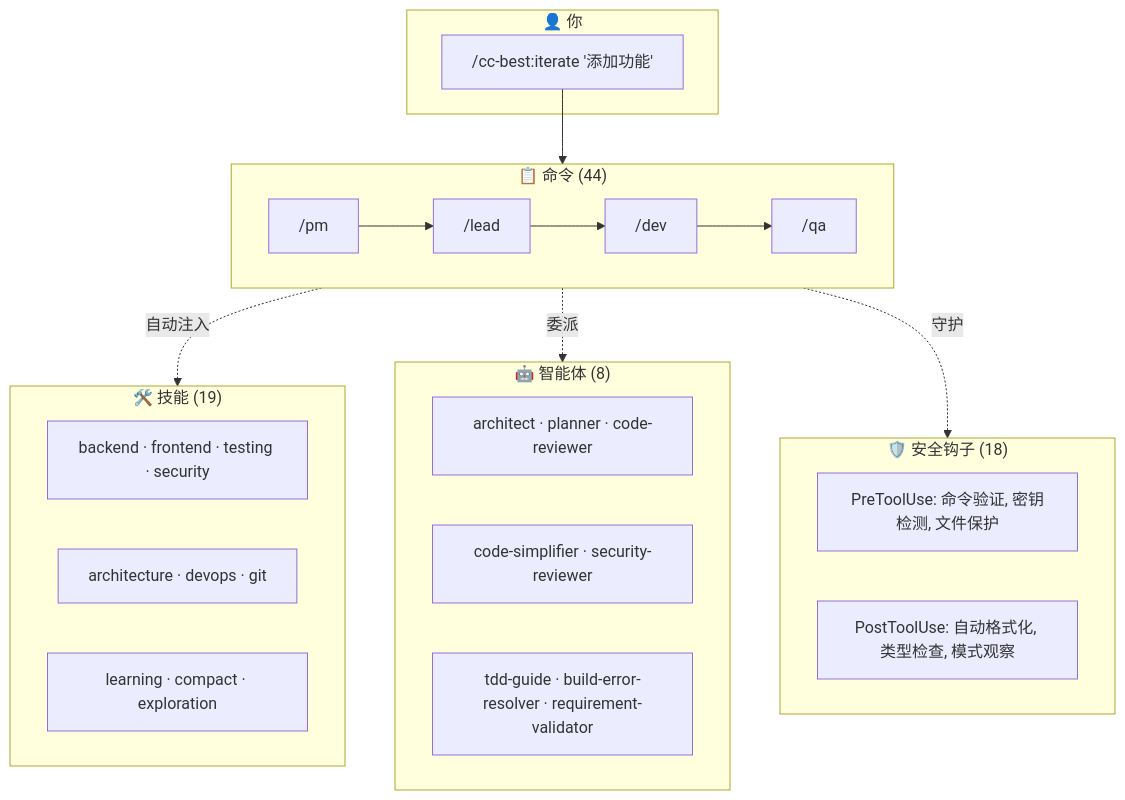
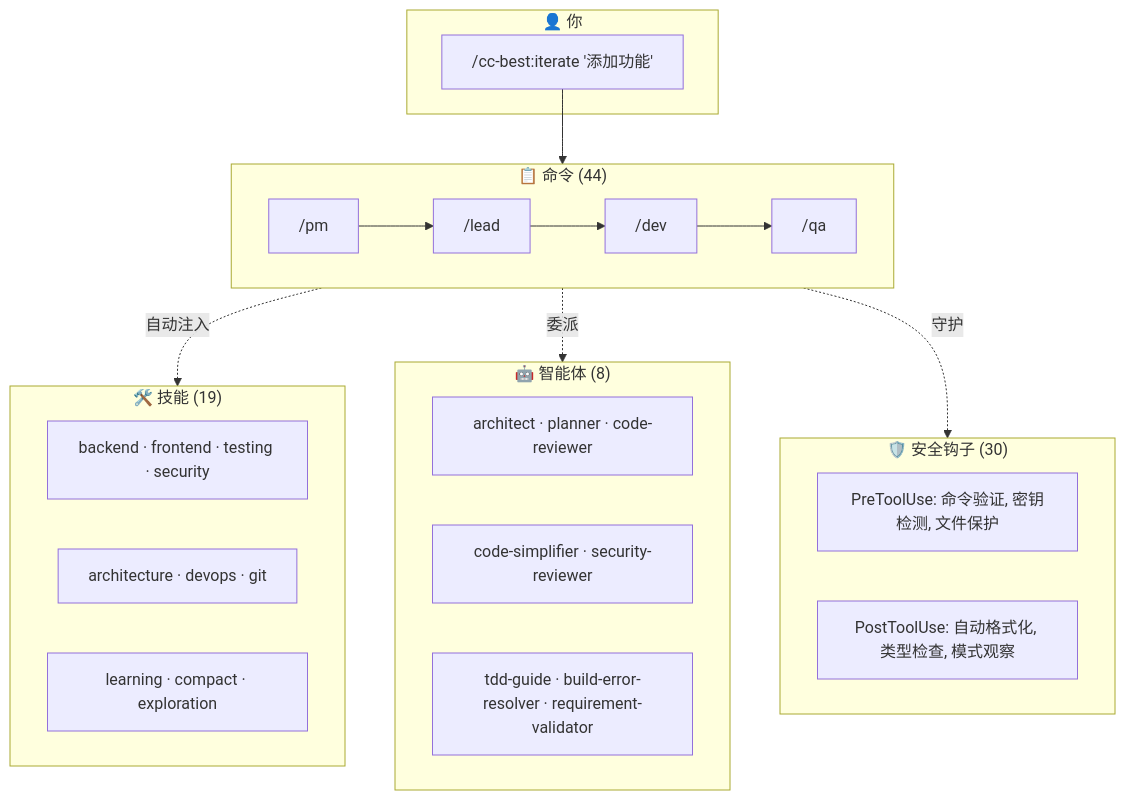
Before and after one commit to xiaobei930/claude-code-best-practices: the second of 2 diagrams in README.zh-CN.md, drawn with Mermaid. The commit also changed 4 other files, not shown here.

````diff
--- a/README.zh-CN.md
+++ b/README.zh-CN.md
@@ -347,32 +347,32 @@
 ```mermaid
 flowchart TB
     subgraph User["👤 你"]
         CMD["/cc-best:iterate '添加功能'"]
     end
 
     subgraph Commands["📋 命令 (44)"]
         PM["/pm"] --> Lead["/lead"] --> Dev["/dev"] --> QA["/qa"]
     end
 
     subgraph Skills["🛠️ 技能 (19)"]
         S1["backend · frontend · testing · security"]
         S2["architecture · devops · git"]
         S3["learning · compact · exploration"]
     end
 
     subgraph Agents["🤖 智能体 (8)"]
         A1["architect · planner · code-reviewer"]
         A2["code-simplifier · security-reviewer"]
         A3["tdd-guide · build-error-resolver · requirement-validator"]
     end
 
-    subgraph Safety["🛡️ 安全钩子 (18)"]
+    subgraph Safety["🛡️ 安全钩子 (30)"]
         H1["PreToolUse: 命令验证, 密钥检测, 文件保护"]
         H2["PostToolUse: 自动格式化, 类型检查, 模式观察"]
     end
 
     CMD --> Commands
     Commands -.->|"自动注入"| Skills
     Commands -.->|"委派"| Agents
     Commands -.->|"守护"| Safety
 ```
````
